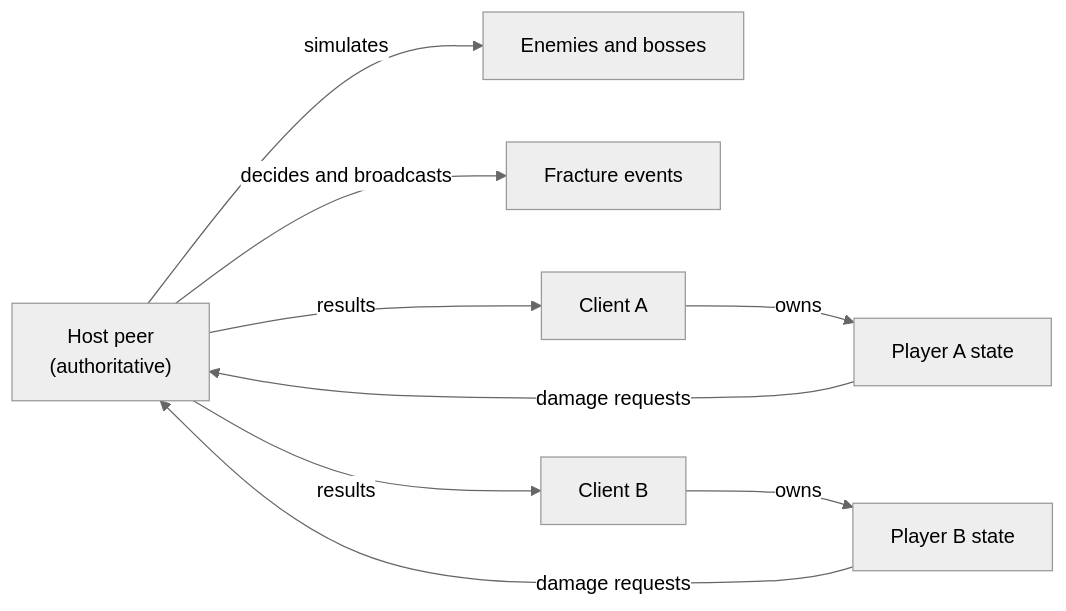
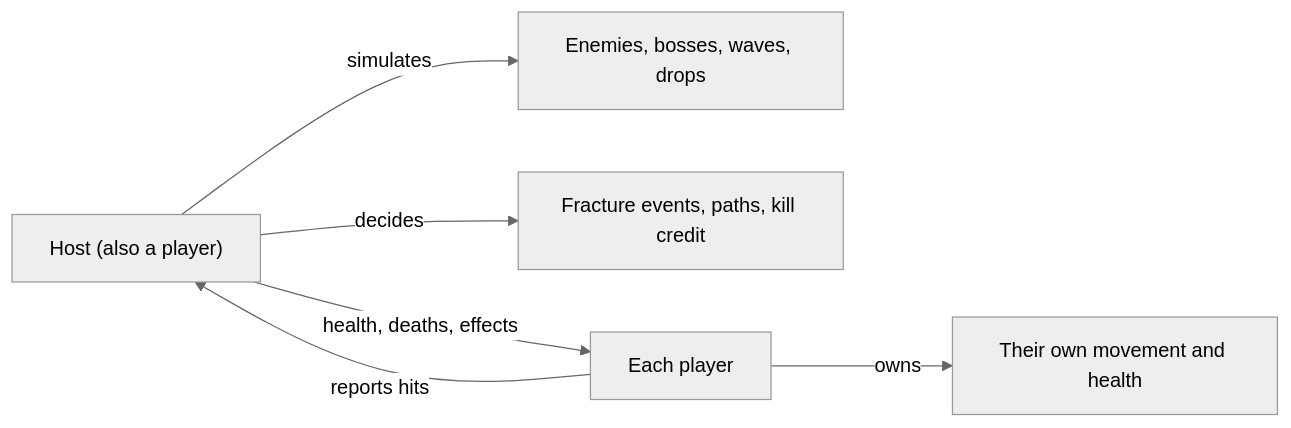
The second of 2 diagrams in README.md (anshuman-krishna/rush-fracture), drawn with Mermaid (neutral theme) before and after one commit. The commit also changed other lines of this file, not shown here.

````diff
--- a/README.md
+++ b/README.md
@@ -155,11 +132,8 @@
 ```mermaid
 graph LR
-    Host["Host peer<br/>(authoritative)"] -->|simulates| Enemies["Enemies and bosses"]
-    Host -->|decides and broadcasts| Fracture["Fracture events"]
-    ClientA["Client A"] -->|owns| PlayerA["Player A state"]
-    ClientB["Client B"] -->|owns| PlayerB["Player B state"]
-    PlayerA -->|damage requests| Host
-    PlayerB -->|damage requests| Host
-    Host -->|results| ClientA
-    Host -->|results| ClientB
+    Host["Host (also a player)"] -->|simulates| Enemies["Enemies, bosses, waves, drops"]
+    Host -->|decides| Events["Fracture events, paths, kill credit"]
+    ClientA["Each player"] -->|owns| Own["Their own movement and health"]
+    ClientA -->|reports hits| Host
+    Host -->|health, deaths, effects| ClientA
 ```
````
